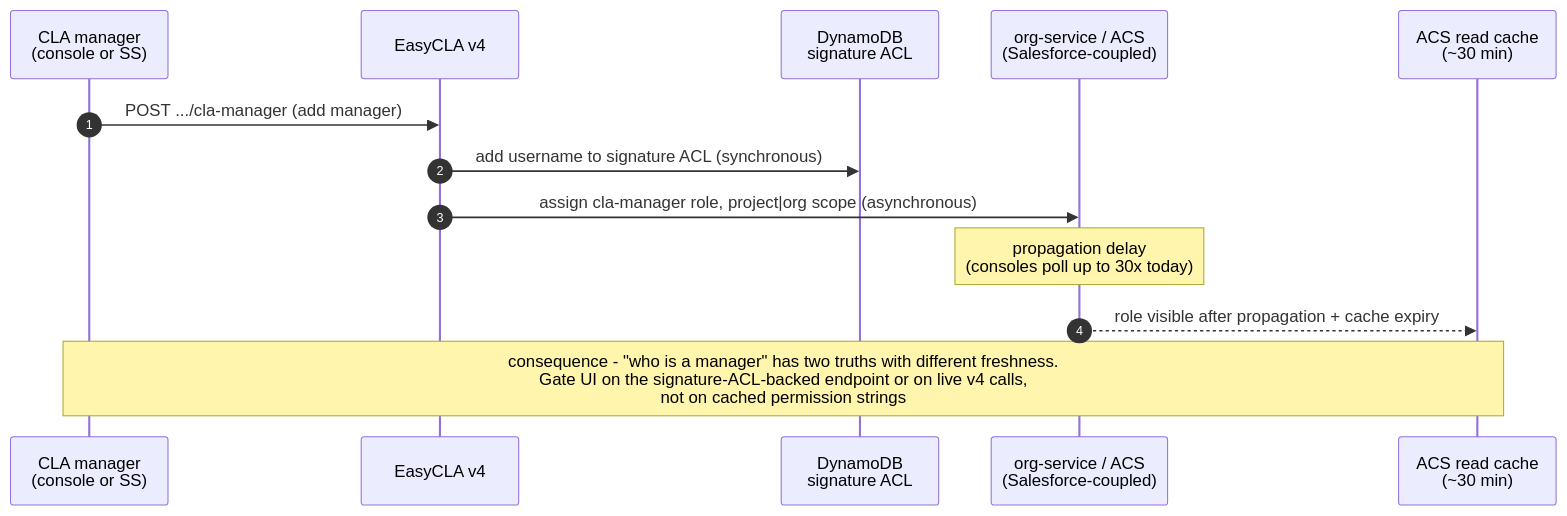
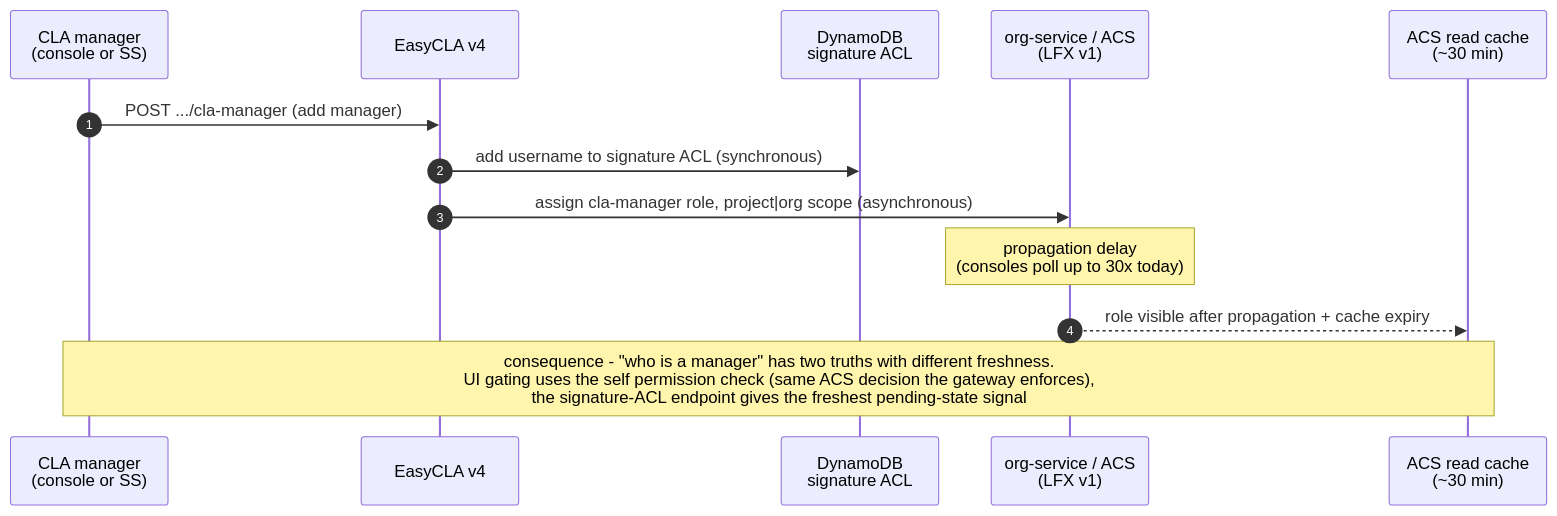
One commit to linuxfoundation/easycla changed the fourth of 4 diagrams in docs/easycla-ss-migration/role-mapping-feasibility.md. Above: the diagram before and after it, drawn with Mermaid. The commit also changed other lines of this file and 4 other files, not shown here.

First line of the commit message:
docs: incorporate architecture review feedback (Eric, 2026-07-20)

````diff
--- a/docs/easycla-ss-migration/role-mapping-feasibility.md
+++ b/docs/easycla-ss-migration/role-mapping-feasibility.md
@@ -157,16 +159,16 @@
 ```mermaid
 sequenceDiagram
     autonumber
     participant M as CLA manager<br/>(console or SS)
     participant V4 as EasyCLA v4
     participant DDB as DynamoDB<br/>signature ACL
-    participant OS as org-service / ACS<br/>(Salesforce-coupled)
+    participant OS as org-service / ACS<br/>(LFX v1)
     participant RC as ACS read cache<br/>(~30 min)
 
     M->>V4: POST .../cla-manager (add manager)
     V4->>DDB: add username to signature ACL (synchronous)
     V4->>OS: assign cla-manager role, project|org scope (asynchronous)
     Note over OS: propagation delay<br/>(consoles poll up to 30x today)
     OS-->>RC: role visible after propagation + cache expiry
-    Note over M,RC: consequence - "who is a manager" has two truths with different freshness.<br/>Gate UI on the signature-ACL-backed endpoint or on live v4 calls,<br/>not on cached permission strings
+    Note over M,RC: consequence - "who is a manager" has two truths with different freshness.<br/>UI gating uses the self permission check (same ACS decision the gateway enforces),<br/>the signature-ACL endpoint gives the freshest pending-state signal
 ```
````
